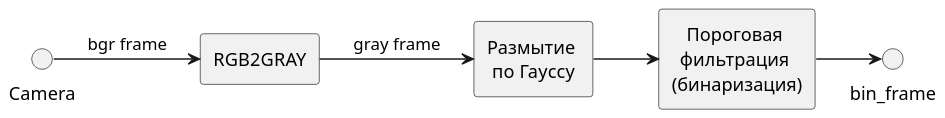
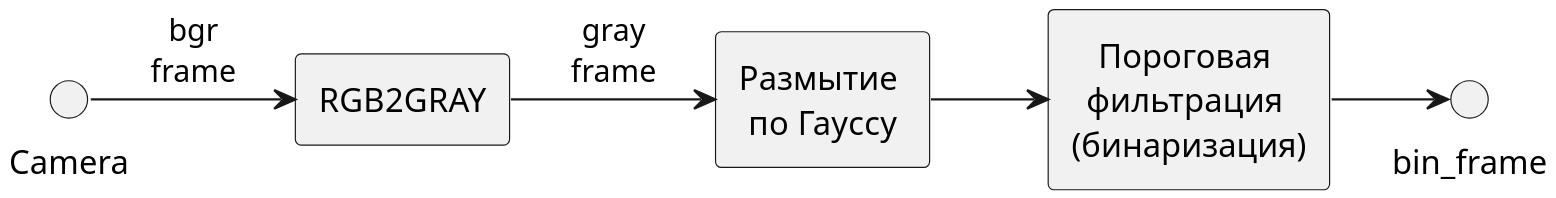
The diagram in firedetection-101/lecture/src/diagrams/image-processing-pipeline.puml (volodink/aes-uav-101), drawn with PlantUML before and after one commit. The commit also changed 3 other files, not shown here.

Commit message:
Обновлена лекция про обнаружение очага пожара, включая центровку и разрешение диаграмм.

```diff
--- a/firedetection-101/lecture/src/diagrams/image-processing-pipeline.puml
+++ b/firedetection-101/lecture/src/diagrams/image-processing-pipeline.puml
@@ -1,17 +1,17 @@
 @startuml image-processing-pipeline
 skinparam defaultTextAlignment center
-skinparam dpi 150
+skinparam dpi 270
 skinparam nodesep 50
 
 ' left to right direction
 
 rectangle "RGB2GRAY" as GRAY
 rectangle "Размытие \nпо Гауссу" as GAUSS
 rectangle "Пороговая \nфильтрация \n(бинаризация)" as THRESHOLD
 
-Camera -> GRAY: "bgr frame"
-GRAY -> GAUSS: "gray frame"
+Camera -> GRAY: "bgr\nframe"
+GRAY -> GAUSS: "gray\nframe"
 GAUSS -> THRESHOLD
 THRESHOLD -> bin_frame
 
 @enduml
```
